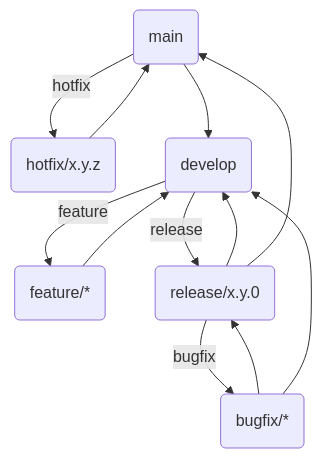
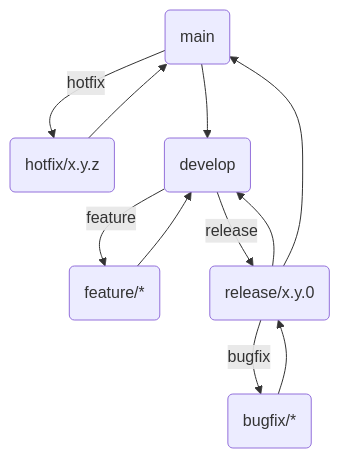
One commit to bigbird023/bigbird023.github.io changed the diagram in knowledge/secdevops/scm/git/gitflow.md. Above: the diagram before and after it, drawn with Mermaid. The commit also changed 11 other files, not shown here.

```diff
--- a/knowledge/secdevops/scm/git/gitflow.md
+++ b/knowledge/secdevops/scm/git/gitflow.md
@@ -81,14 +81,13 @@
 <div class="mermaid">
 graph TD
 	A(main) -->|hotfix| H(hotfix/x.y.z)
 	D(develop) -->|feature| F(feature/*)
 	D -->|release| R(release/x.y.0)
 	F --> D
 	R --> D
 	R --> A
 	H --> A
 	A --> D
 	R -->|bugfix| B(bugfix/*)
 	B --> R
-	B --> D
 </div>
```
